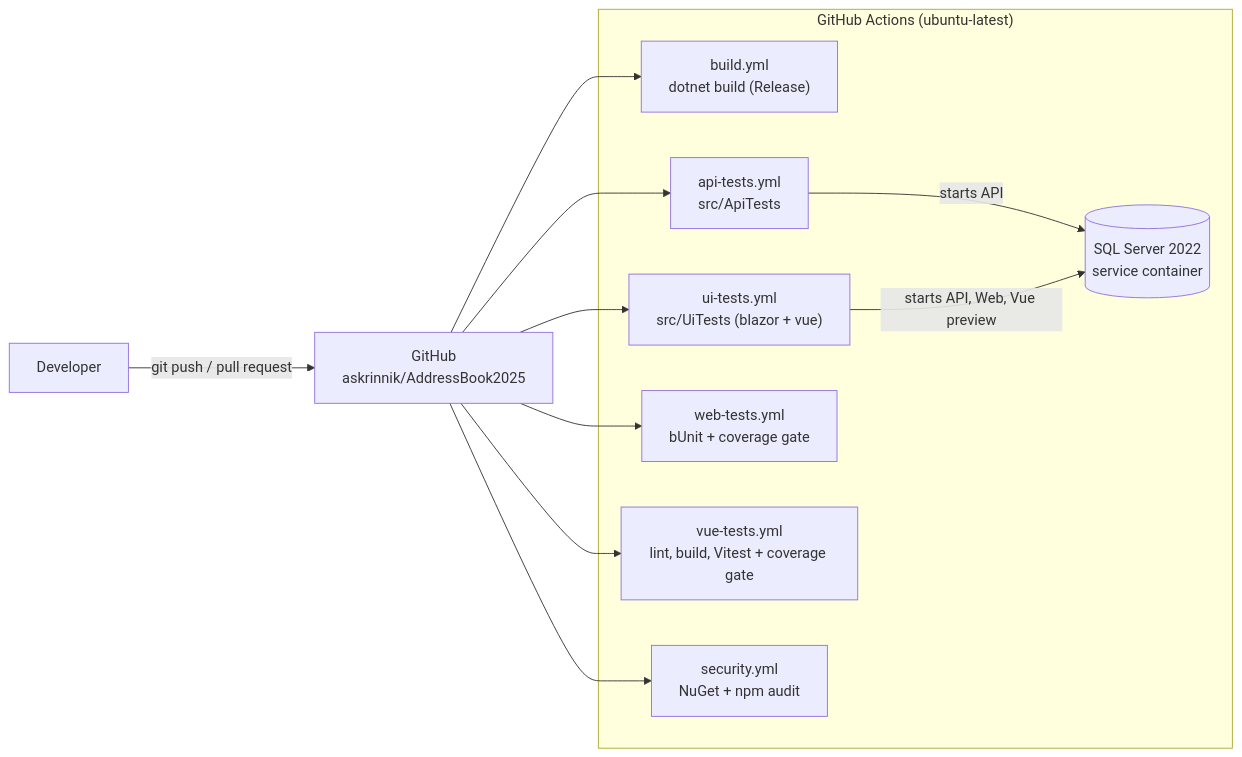
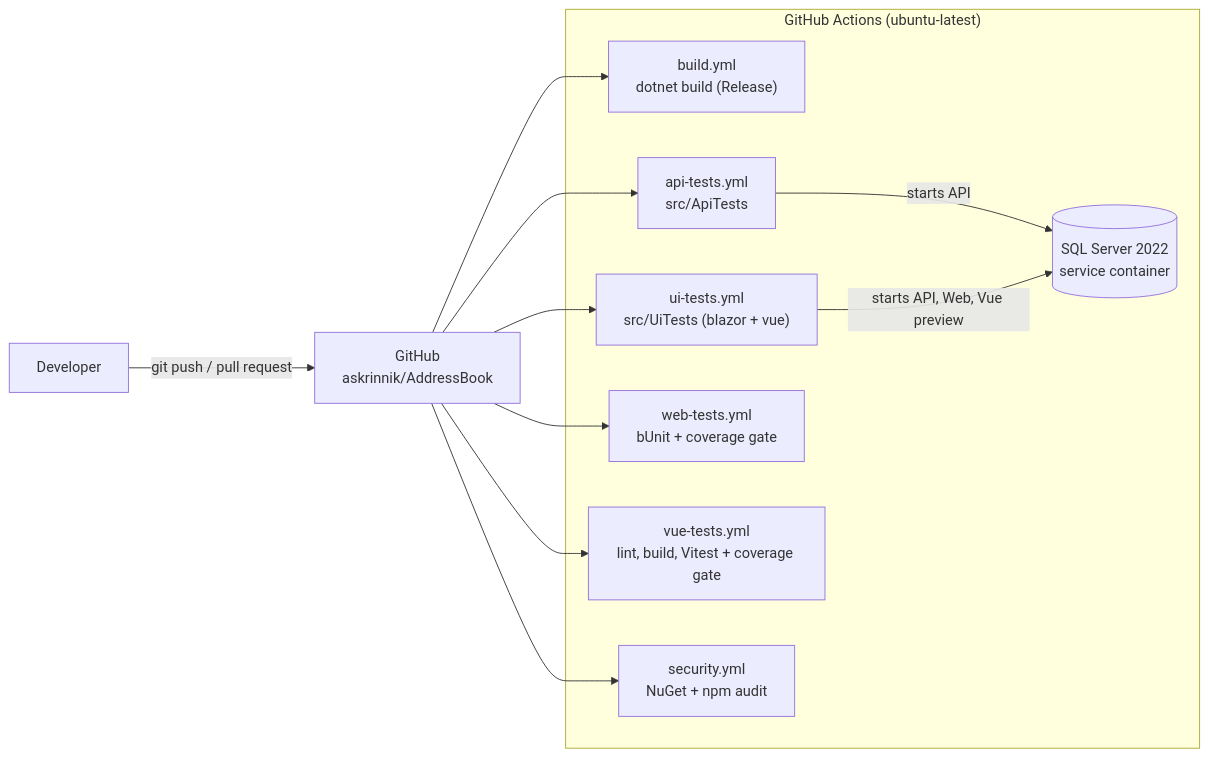
The third of 3 diagrams in docs/specs/Architecture.md (askrinnik/AddressBook2025), drawn with Mermaid before and after one commit. The commit also changed other lines of this file and 129 other files, not shown here.

````diff
--- a/docs/specs/Architecture.md
+++ b/docs/specs/Architecture.md
@@ -394,23 +394,23 @@
 ```mermaid
 graph LR
-    Dev["Developer"] -->|"git push / pull request"| GH["GitHub\naskrinnik/AddressBook2025"]
+    Dev["Developer"] -->|"git push / pull request"| GH["GitHub\naskrinnik/AddressBook"]
 
     subgraph Actions["GitHub Actions (ubuntu-latest)"]
         Build["build.yml\ndotnet build (Release)"]
         ApiE2E["api-tests.yml\nsrc/ApiTests"]
         UiE2E["ui-tests.yml\nsrc/UiTests (blazor + vue)"]
         WebTests["web-tests.yml\nbUnit + coverage gate"]
         VueTests["vue-tests.yml\nlint, build, Vitest + coverage gate"]
         Security["security.yml\nNuGet + npm audit"]
         Sql[("SQL Server 2022\nservice container")]
     end
 
     GH --> Build
     GH --> ApiE2E
     GH --> UiE2E
     GH --> WebTests
     GH --> VueTests
     GH --> Security
     ApiE2E -->|"starts API"| Sql
     UiE2E -->|"starts API, Web, Vue preview"| Sql
 ```
````
